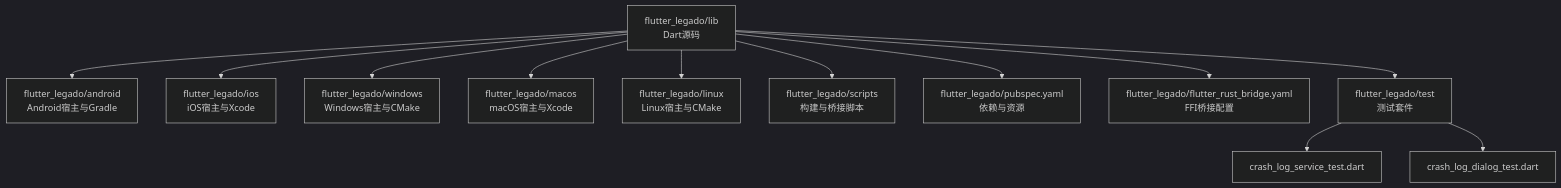
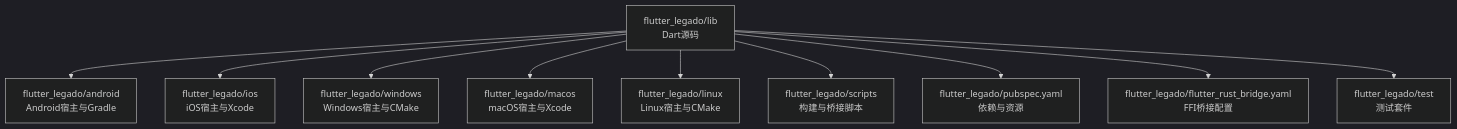
One commit to ZhangGHGitHub/LegadoTeamFlutter changed the first of 8 diagrams in .qoder/repowiki/zh/content/Flutter跨平台应用/Flutter跨平台应用.md. Above: the diagram before and after it, drawn with Mermaid (dark theme). The commit also changed other lines of this file and 60 other files, not shown here.

````diff
--- a/.qoder/repowiki/zh/content/Flutter跨平台应用/Flutter跨平台应用.md
+++ b/.qoder/repowiki/zh/content/Flutter跨平台应用/Flutter跨平台应用.md
@@ -55,14 +54,12 @@
 ```mermaid
 graph TB
 A["flutter_legado/lib<br/>Dart源码"] --> B["flutter_legado/android<br/>Android宿主与Gradle"]
 A --> C["flutter_legado/ios<br/>iOS宿主与Xcode"]
 A --> D["flutter_legado/windows<br/>Windows宿主与CMake"]
 A --> E["flutter_legado/macos<br/>macOS宿主与Xcode"]
 A --> F["flutter_legado/linux<br/>Linux宿主与CMake"]
 A --> G["flutter_legado/scripts<br/>构建与桥接脚本"]
 A --> H["flutter_legado/pubspec.yaml<br/>依赖与资源"]
 A --> I["flutter_legado/flutter_rust_bridge.yaml<br/>FFI桥接配置"]
 A --> J["flutter_legado/test<br/>测试套件"]
-J --> K["crash_log_service_test.dart"]
-J --> L["crash_log_dialog_test.dart"]
 ```
````
